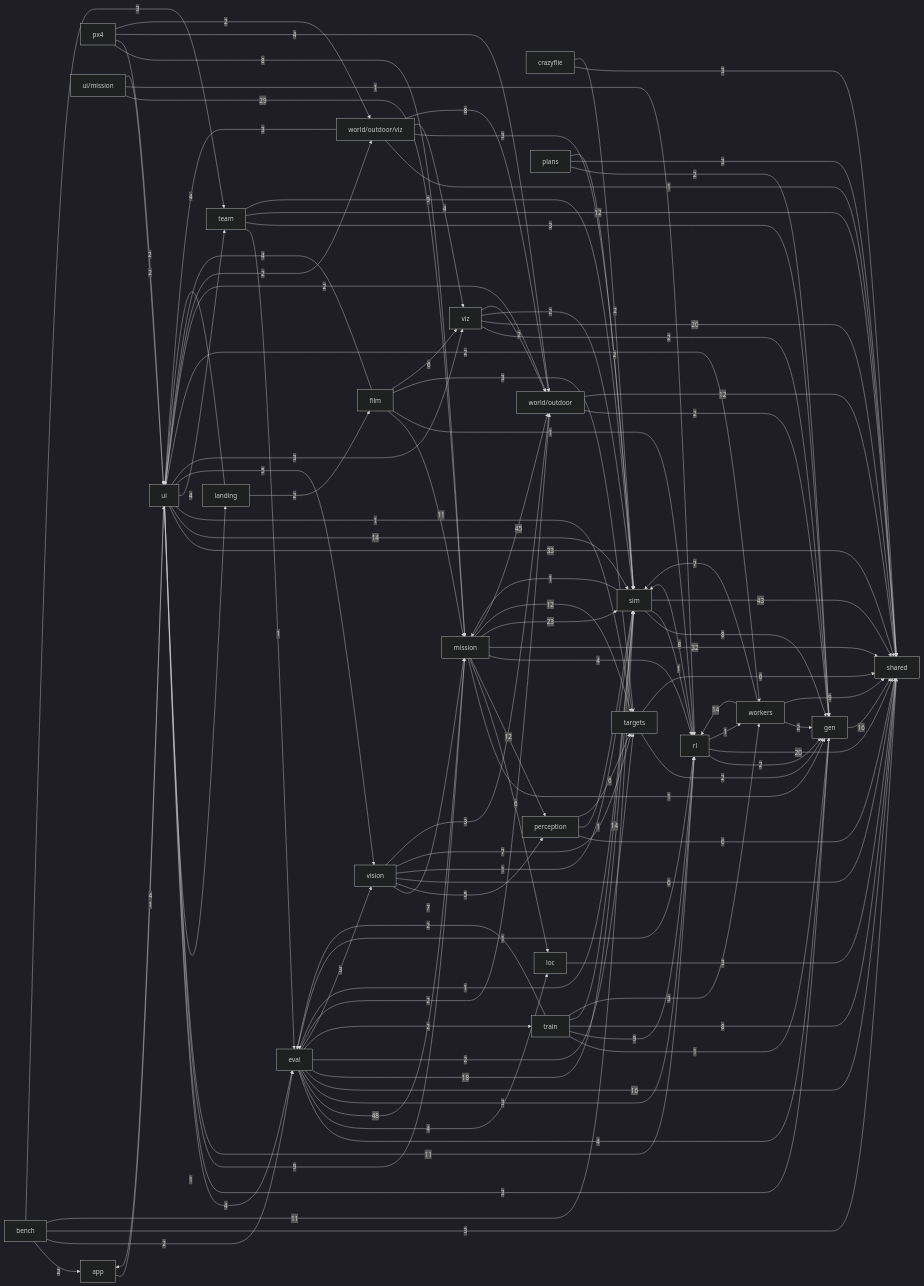
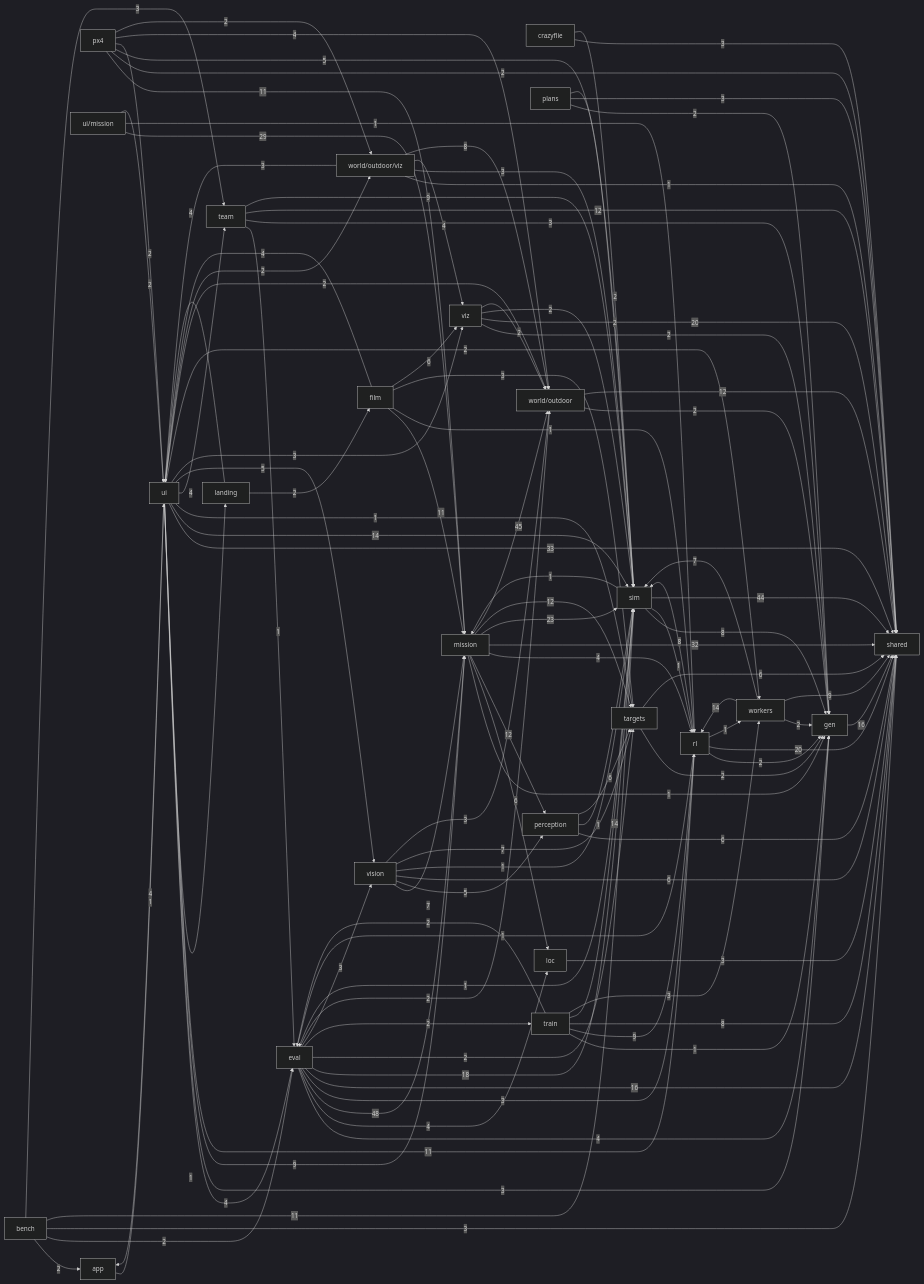
The second of 2 diagrams in docs/ARCHITECTURE.md (alexnieves-cs/frontier-fly), drawn with Mermaid (dark theme) before and after one commit. The commit also changed other lines of this file and 12 other files, not shown here.

```diff
--- a/docs/ARCHITECTURE.md
+++ b/docs/ARCHITECTURE.md
@@ -144,7 +144,9 @@
   plans -->|2| gen
   plans -->|3| shared
   plans -->|2| sim
-  px4 -->|8| mission
+  px4 -->|11| mission
+  px4 -->|2| shared
+  px4 -->|5| sim
   px4 -->|2| ui
   px4 -->|4| world_outdoor
   px4 -->|2| world_outdoor_viz
@@ -157,7 +159,7 @@
   sim -->|8| gen
   sim -->|1| mission
   sim -->|1| rl
-  sim -->|43| shared
+  sim -->|44| shared
   targets -->|2| gen
   targets -->|6| shared
   team -->|1| eval
```
